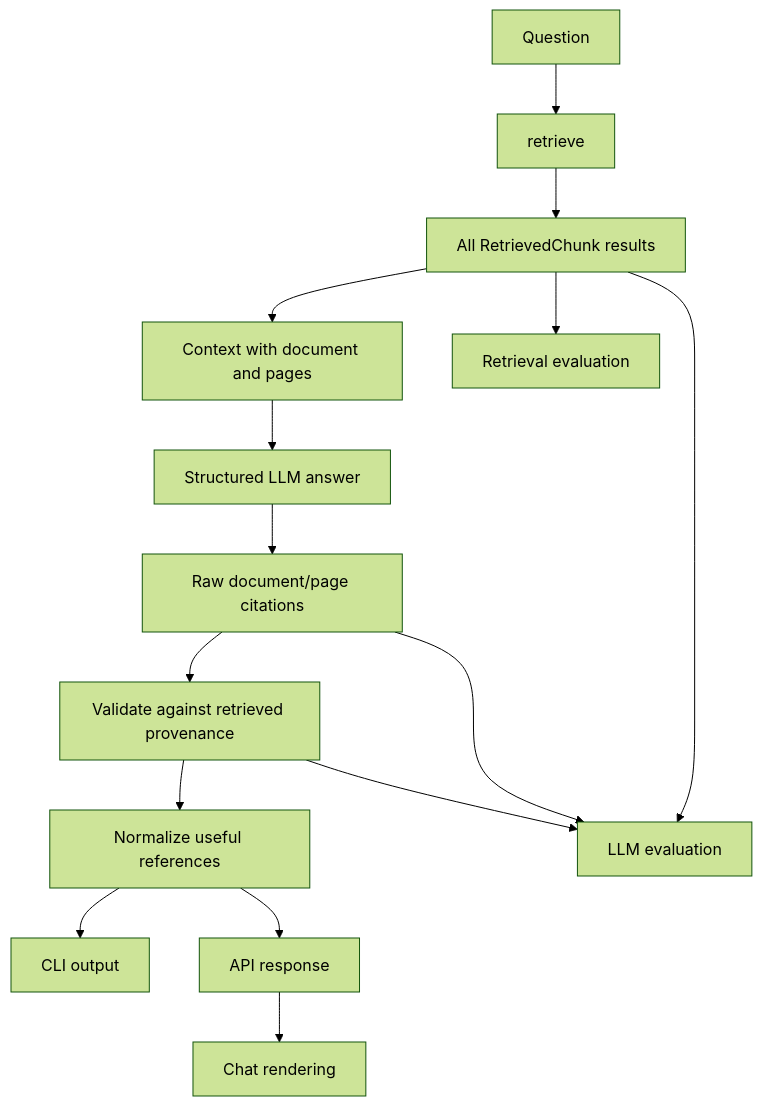
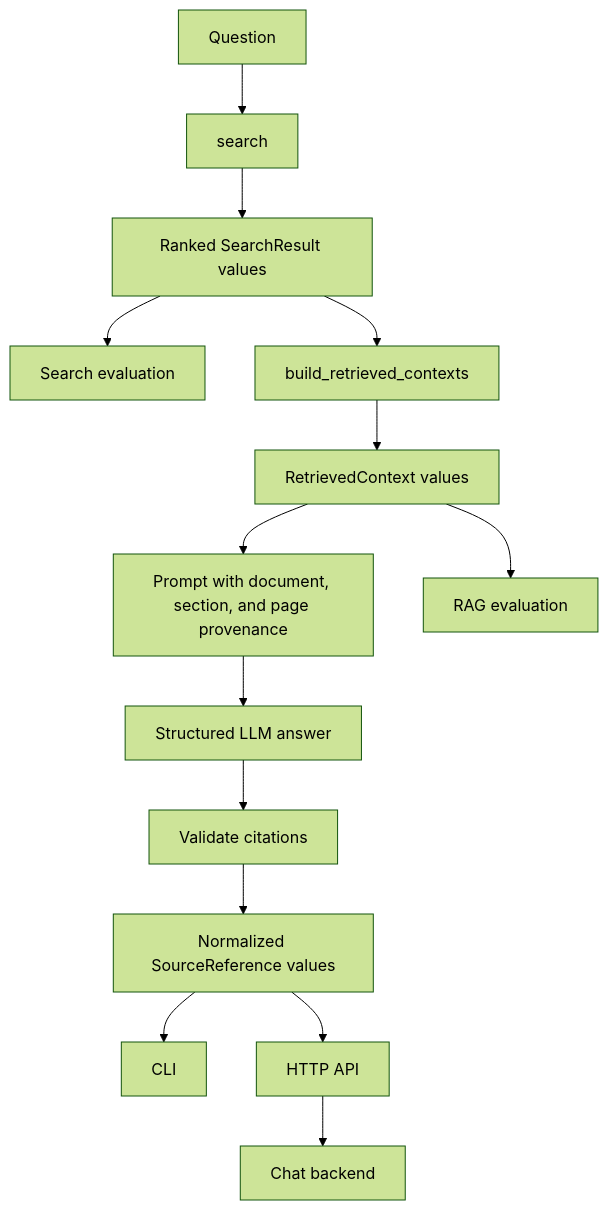
Before and after one commit to QuentinElGuay/portfolio-ai-tour-guide: the diagram in document-page-source-tracking-plan.md, drawn with Mermaid (forest theme). The commit also changed other lines of this file and 12 other files, not shown here.

Commit message:
feat: add search evaluation and knowledge-base readiness guardrails

````diff
--- a/document-page-source-tracking-plan.md
+++ b/document-page-source-tracking-plan.md
@@ -75,17 +16,16 @@
 ```mermaid
 flowchart TD
-    Q[Question] --> R[retrieve]
-    R --> RC[All RetrievedChunk results]
-    RC --> P[Context with document and pages]
+    Q[Question] --> S[search]
+    S --> SR[Ranked SearchResult values]
+    SR --> SE[Search evaluation]
+    SR --> RC[build_retrieved_contexts]
+    RC --> C[RetrievedContext values]
+    C --> P[Prompt with document, section, and page provenance]
     P --> L[Structured LLM answer]
-    L --> C[Raw document/page citations]
-    C --> V[Validate against retrieved provenance]
-    V --> N[Normalize useful references]
-    N --> CLI[CLI output]
-    N --> API[API response]
-    API --> CHAT[Chat rendering]
-    RC --> RE[Retrieval evaluation]
-    RC --> LE[LLM evaluation]
-    C --> LE
-    V --> LE
+    L --> V[Validate citations]
+    V --> R[Normalized SourceReference values]
+    R --> CLI[CLI]
+    R --> API[HTTP API]
+    API --> CHAT[Chat backend]
+    C --> RE[RAG evaluation]
 ```
````
